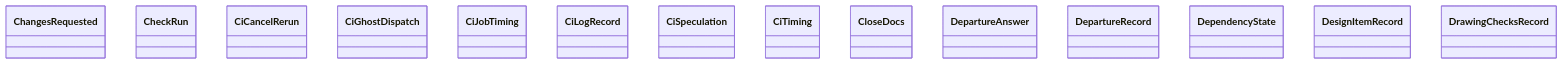
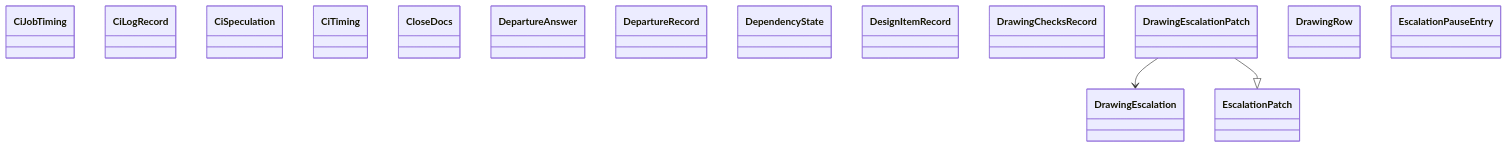
One commit to GonzaloZevallos/agentic-system changed the diagram in docs/architecture/generated/classes-process-domain-state-5.md. Above: the diagram before and after it, drawn with Mermaid. The commit also changed other lines of this file and 9 other files, not shown here.

````diff
--- a/docs/architecture/generated/classes-process-domain-state-5.md
+++ b/docs/architecture/generated/classes-process-domain-state-5.md
@@ -32,17 +32,20 @@
 ```mermaid
 classDiagram
-    class task__ChangesRequested["ChangesRequested"]
-    class task__CheckRun["CheckRun"]
-    class task__CiCancelRerun["CiCancelRerun"]
-    class task__CiGhostDispatch["CiGhostDispatch"]
     class task__CiJobTiming["CiJobTiming"]
     class task__CiLogRecord["CiLogRecord"]
     class task__CiSpeculation["CiSpeculation"]
     class task__CiTiming["CiTiming"]
     class task__CloseDocs["CloseDocs"]
     class task__DepartureAnswer["DepartureAnswer"]
     class task__DepartureRecord["DepartureRecord"]
     class task__DependencyState["DependencyState"]
     class task__DesignItemRecord["DesignItemRecord"]
     class task__DrawingChecksRecord["DrawingChecksRecord"]
+    class task__DrawingEscalation["DrawingEscalation"]
+    class task__DrawingEscalationPatch["DrawingEscalationPatch"]
+    class task__DrawingRow["DrawingRow"]
+    class task__EscalationPatch["EscalationPatch"]
+    class task__EscalationPauseEntry["EscalationPauseEntry"]
+    task__DrawingEscalationPatch --> task__DrawingEscalation
+    task__DrawingEscalationPatch --|> task__EscalationPatch
 ```
````
